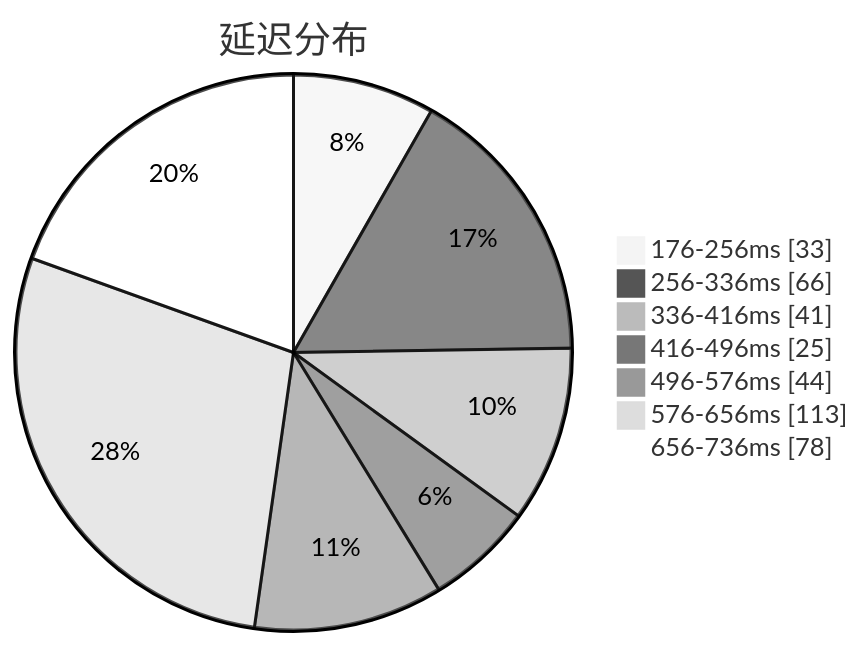
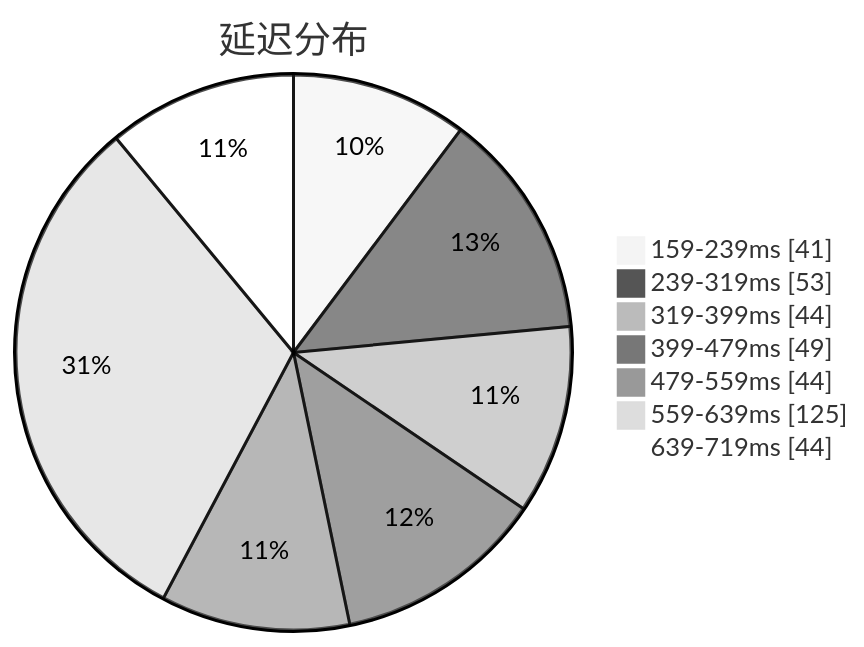
One commit to qjlxg/airport changed the first of 3 diagrams in subs/statistics/tested_within.md. Above: the diagram before and after it, drawn with Mermaid (neutral theme). The commit also changed other lines of this file and 2 other files, not shown here.

````diff
--- a/subs/statistics/tested_within.md
+++ b/subs/statistics/tested_within.md
@@ -2,11 +2,11 @@
 ```mermaid
 pie showData
 title 延迟分布
-"176-256ms" : 33
-"256-336ms" : 66
-"336-416ms" : 41
-"416-496ms" : 25
-"496-576ms" : 44
-"576-656ms" : 113
-"656-736ms" : 78
+"159-239ms" : 41
+"239-319ms" : 53
+"319-399ms" : 44
+"399-479ms" : 49
+"479-559ms" : 44
+"559-639ms" : 125
+"639-719ms" : 44
 ```
````
